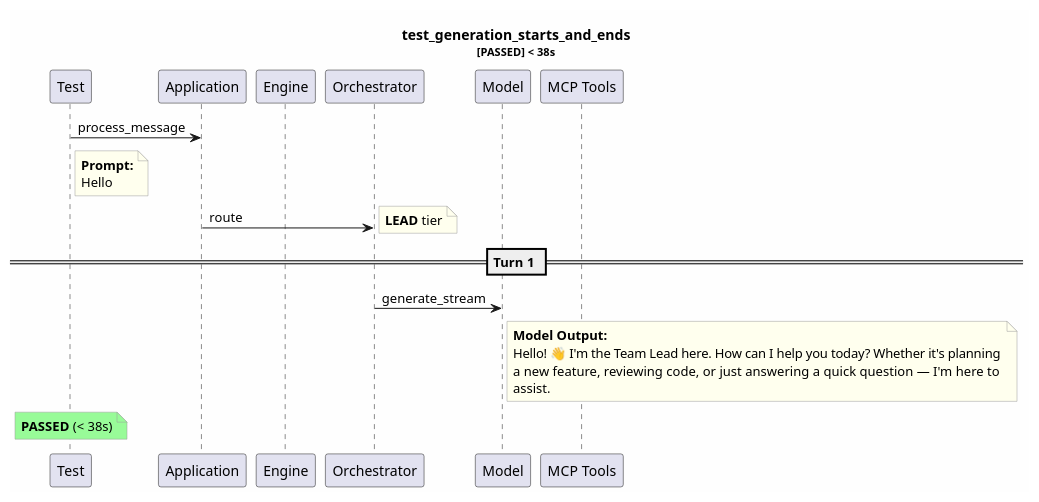
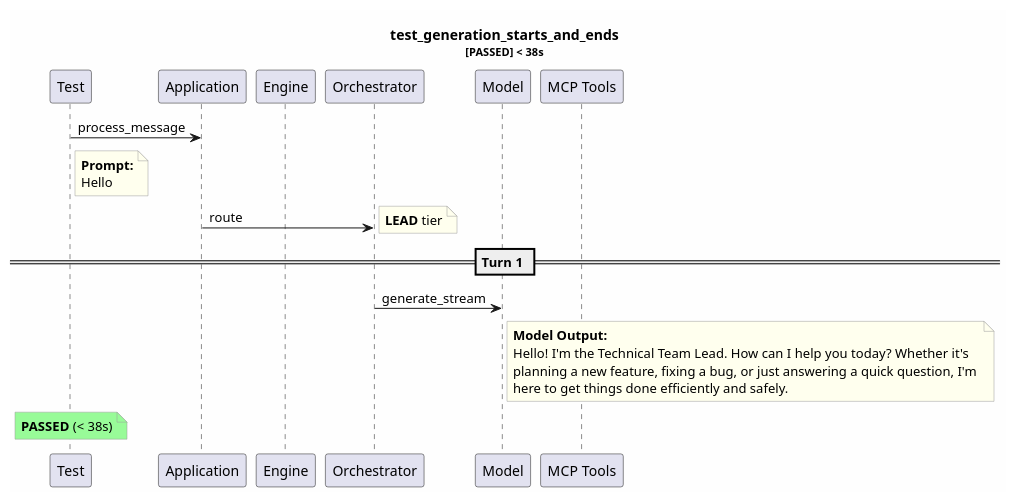
Before and after one commit to tvanfossen/entropic: the diagram in test-reports/logs/test_generation_starts_and_ends/test_generation_starts_and_ends.puml, drawn with PlantUML. The commit also changed 18 other files, not shown here.

```diff
--- a/test-reports/logs/test_generation_starts_and_ends/test_generation_starts_and_ends.puml
+++ b/test-reports/logs/test_generation_starts_and_ends/test_generation_starts_and_ends.puml
@@ -1,33 +1,33 @@
 @startuml
 skinparam backgroundColor #FEFEFE
 skinparam noteBorderColor #999999
 skinparam noteBackgroundColor #FFFFEE
 title test_generation_starts_and_ends\n<size:11>[PASSED] < 38s</size>
 
 participant "Test" as T
 participant "Application" as App
 participant "Engine" as Eng
 participant "Orchestrator" as Orch
 participant "Model" as Mdl
 participant "MCP Tools" as MCP
 
 T -> App: process_message
 note right of T
   **Prompt:**
   Hello
 end note
 App -> Orch: route
 note right: **LEAD** tier
 == Turn 1 ==
 Orch -> Mdl: generate_stream
 note right of Mdl
   **Model Output:**
-  Hello! 👋 I'm the Team Lead here. How can I help you today? Whether it's planning
-  a new feature, reviewing code, or just answering a quick question — I'm here to 
-  assist.
+  Hello! I'm the Technical Team Lead. How can I help you today? Whether it's 
+  planning a new feature, fixing a bug, or just answering a quick question, I'm 
+  here to get things done efficiently and safely.
 end note
 note over T #palegreen
   **PASSED** (< 38s)
 end note
 
 @enduml
```
